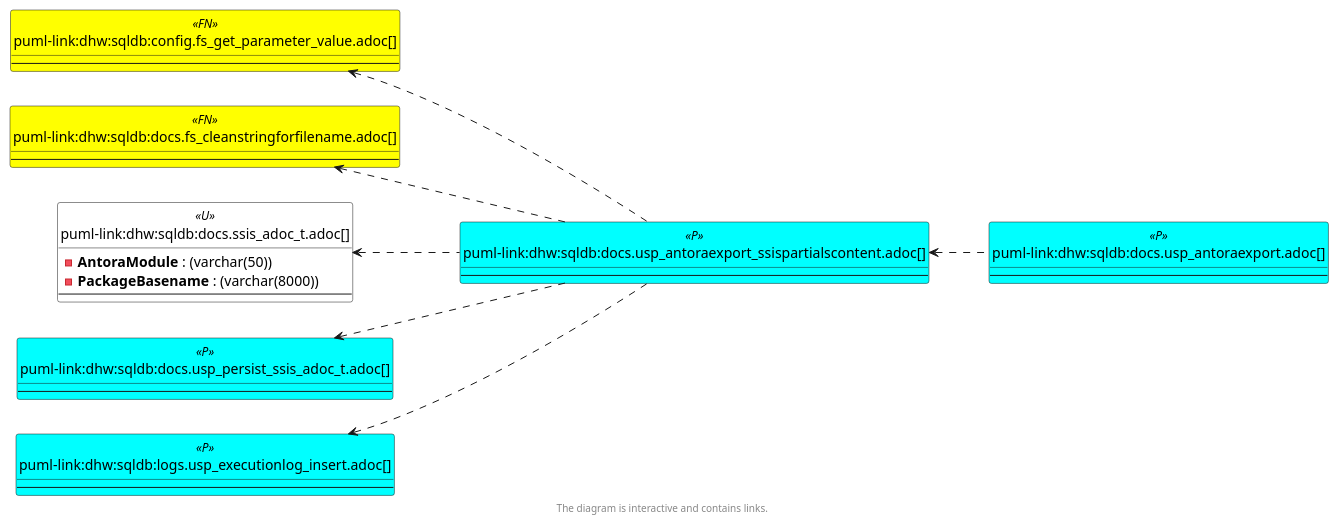
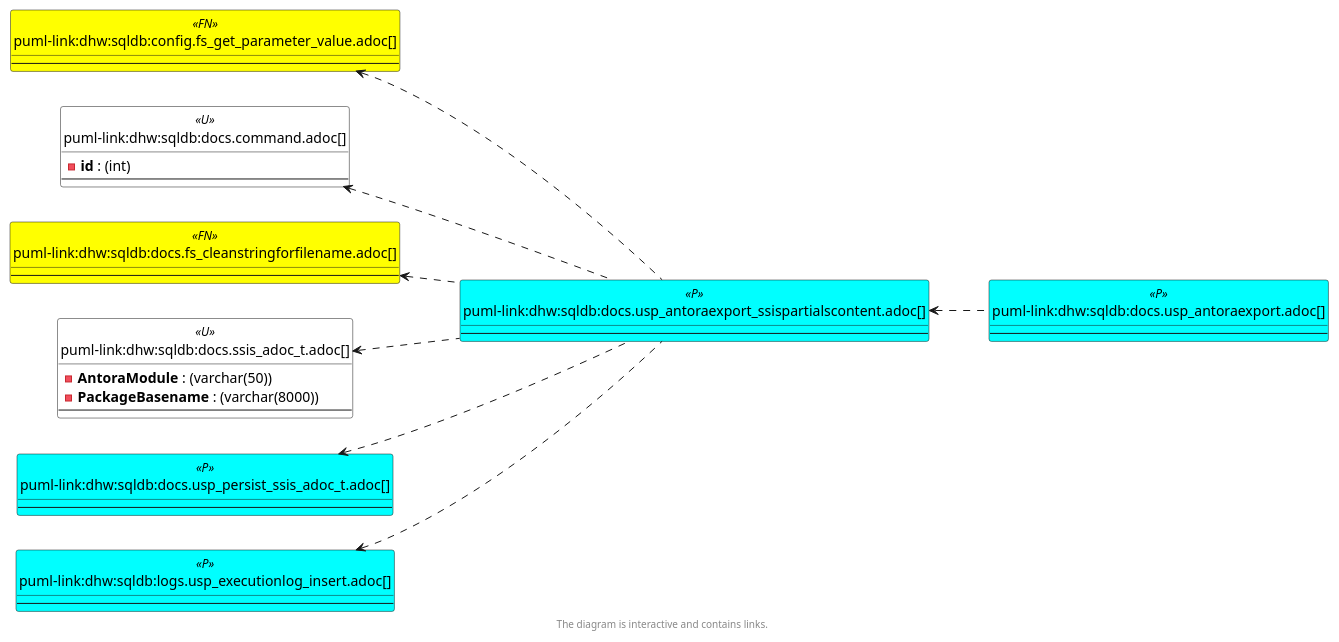
One commit to DataHandwerk/dhw-antora-sqldb changed the third of 6 diagrams in docs/modules/sqldb/partials/content/docs.usp_antoraexport_ssispartialscontent.adoc. Above: the diagram before and after it, drawn with PlantUML. The commit also changed other lines of this file and 701 other files, not shown here.

```diff
--- a/docs/modules/sqldb/partials/content/docs.usp_antoraexport_ssispartialscontent.adoc
+++ b/docs/modules/sqldb/partials/content/docs.usp_antoraexport_ssispartialscontent.adoc
@@ -660,71 +666,77 @@
 [plantuml, entity_1_1_objectref-{docname}, svg, subs=macros]
 ....
 @startuml
 left to right direction
 'top to bottom direction
 hide circle
 'avoide "." issues:
 set namespaceSeparator none
 
 
 skinparam class {
   BackgroundColor White
   BackgroundColor<<FN>> Yellow
   BackgroundColor<<FS>> Yellow
   BackgroundColor<<FT>> LightGray
   BackgroundColor<<IF>> Yellow
   BackgroundColor<<IS>> Yellow
   BackgroundColor<<P>>  Aqua
   BackgroundColor<<PC>> Aqua
   BackgroundColor<<SN>> Yellow
   BackgroundColor<<SO>> SlateBlue
   BackgroundColor<<TF>> LightGray
   BackgroundColor<<TR>> Tomato
   BackgroundColor<<U>>  White
   BackgroundColor<<V>>  WhiteSmoke
   BackgroundColor<<X>>  Aqua
   BackgroundColor<<external>> AliceBlue
 }
 
 
 entity "puml-link:dhw:sqldb:config.fs_get_parameter_value.adoc[]" as config.fs_get_parameter_value << FN >> {
   --
 }
 
+entity "puml-link:dhw:sqldb:docs.command.adoc[]" as docs.command << U >> {
+  - **id** : (int)
+  --
+}
+
 entity "puml-link:dhw:sqldb:docs.fs_cleanstringforfilename.adoc[]" as docs.fs_cleanStringForFilename << FN >> {
   --
 }
 
 entity "puml-link:dhw:sqldb:docs.ssis_adoc_t.adoc[]" as docs.ssis_Adoc_T << U >> {
   - **AntoraModule** : (varchar(50))
   - **PackageBasename** : (varchar(8000))
   --
 }
 
 entity "puml-link:dhw:sqldb:docs.usp_antoraexport.adoc[]" as docs.usp_AntoraExport << P >> {
   --
 }
 
 entity "puml-link:dhw:sqldb:docs.usp_antoraexport_ssispartialscontent.adoc[]" as docs.usp_AntoraExport_SsisPartialsContent << P >> {
   --
 }
 
 entity "puml-link:dhw:sqldb:docs.usp_persist_ssis_adoc_t.adoc[]" as docs.usp_PERSIST_ssis_Adoc_T << P >> {
   --
 }
 
 entity "puml-link:dhw:sqldb:logs.usp_executionlog_insert.adoc[]" as logs.usp_ExecutionLog_insert << P >> {
   --
 }
 
 config.fs_get_parameter_value <.. docs.usp_AntoraExport_SsisPartialsContent
+docs.command <.. docs.usp_AntoraExport_SsisPartialsContent
 docs.fs_cleanStringForFilename <.. docs.usp_AntoraExport_SsisPartialsContent
 docs.ssis_Adoc_T <.. docs.usp_AntoraExport_SsisPartialsContent
 docs.usp_AntoraExport_SsisPartialsContent <.. docs.usp_AntoraExport
 docs.usp_PERSIST_ssis_Adoc_T <.. docs.usp_AntoraExport_SsisPartialsContent
 logs.usp_ExecutionLog_insert <.. docs.usp_AntoraExport_SsisPartialsContent
 
 footer The diagram is interactive and contains links.
 
 @enduml
 ....
```
